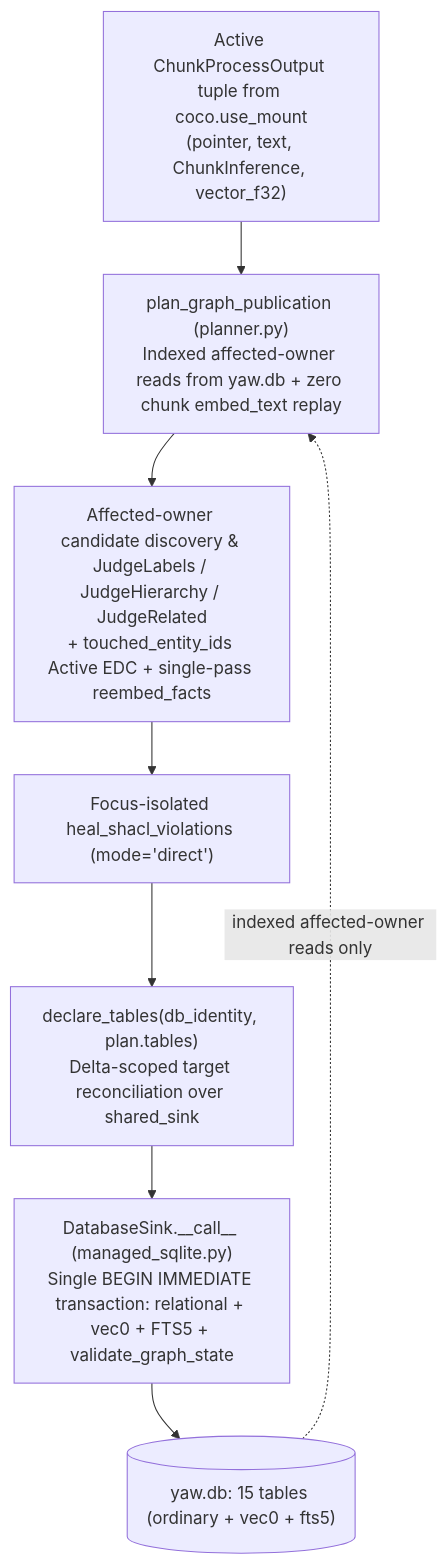
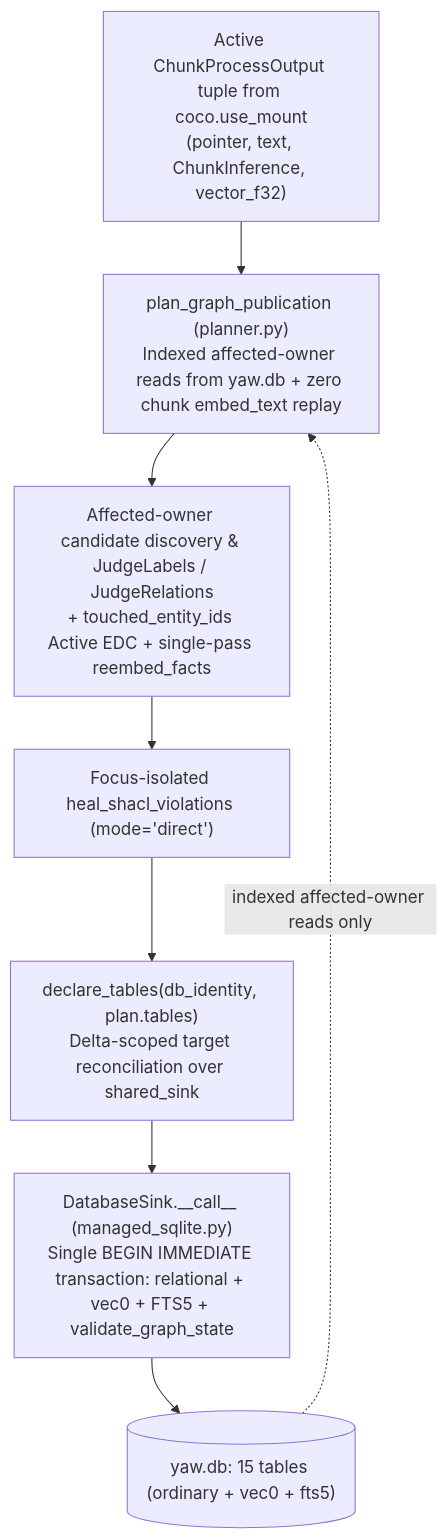
The diagram in docs/native-cocoindex-graph.md (negatrait/yaw), drawn with Mermaid before and after one commit. The commit also changed other lines of this file and 129 other files, not shown here.

````diff
--- a/docs/native-cocoindex-graph.md
+++ b/docs/native-cocoindex-graph.md
@@ -285,12 +283,12 @@
 ```mermaid
 flowchart TD
     CI["Active ChunkProcessOutput tuple from coco.use_mount\n(pointer, text, ChunkInference, vector_f32)"]
     P["plan_graph_publication (planner.py)\nIndexed affected-owner reads from yaw.db + zero chunk embed_text replay"]
-    S["Affected-owner candidate discovery & JudgeLabels / JudgeHierarchy / JudgeRelated\n+ touched_entity_ids Active EDC + single-pass reembed_facts"]
+    S["Affected-owner candidate discovery & JudgeLabels / JudgeRelations\n+ touched_entity_ids Active EDC + single-pass reembed_facts"]
     H["Focus-isolated heal_shacl_violations (mode='direct')"]
     D["declare_tables(db_identity, plan.tables)\nDelta-scoped target reconciliation over shared_sink"]
     SINK["DatabaseSink.__call__ (managed_sqlite.py)\nSingle BEGIN IMMEDIATE transaction: relational + vec0 + FTS5 + validate_graph_state"]
     DB[("yaw.db: 15 tables (ordinary + vec0 + fts5)")]
     CI --> P --> S --> H --> D --> SINK --> DB
     DB -. "indexed affected-owner reads only" .-> P
 ```
````
